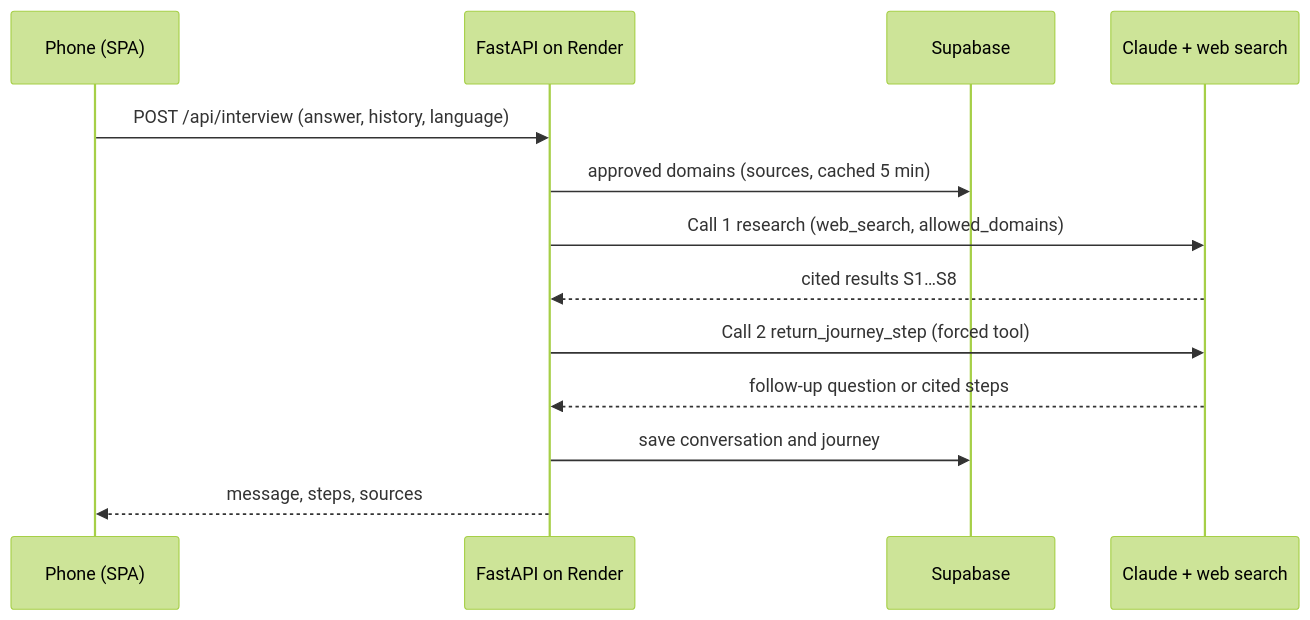
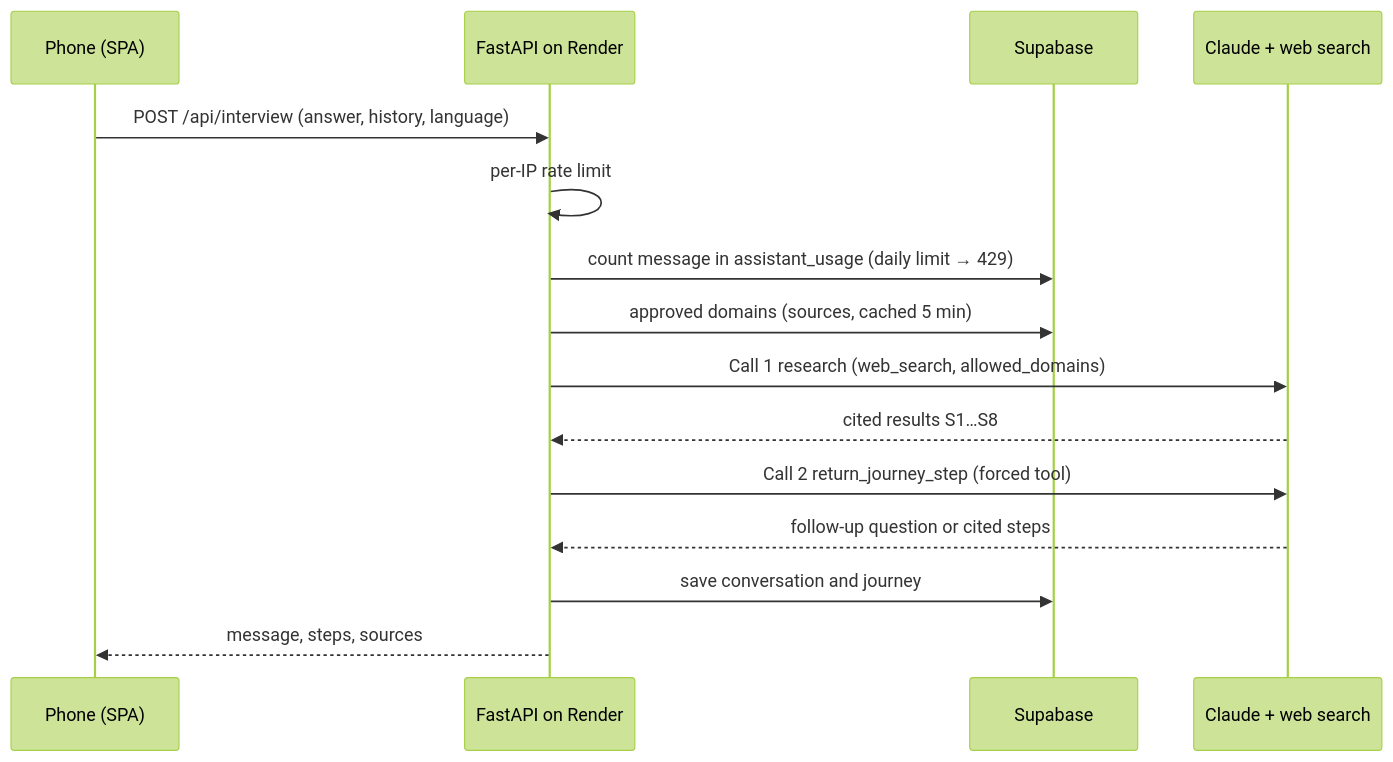
One commit to anaDbvk/INTEGRA.GOV changed the second of 3 diagrams in docs/ARCHITECTURE.md. Above: the diagram before and after it, drawn with Mermaid (forest theme). The commit also changed other lines of this file and 20 other files, not shown here.

Commit message:
Clean up repo, remove legacy knowledge loader, update architecture diagrams and README

````diff
--- a/docs/ARCHITECTURE.md
+++ b/docs/ARCHITECTURE.md
@@ -43,15 +75,17 @@
 ```mermaid
 sequenceDiagram
   participant U as Phone (SPA)
   participant F as FastAPI on Render
   participant S as Supabase
   participant C as Claude + web search
   U->>F: POST /api/interview (answer, history, language)
+  F->>F: per-IP rate limit
+  F->>S: count message in assistant_usage (daily limit → 429)
   F->>S: approved domains (sources, cached 5 min)
   F->>C: Call 1 research (web_search, allowed_domains)
   C-->>F: cited results S1…S8
   F->>C: Call 2 return_journey_step (forced tool)
   C-->>F: follow-up question or cited steps
   F->>S: save conversation and journey
   F-->>U: message, steps, sources
 ```
````
